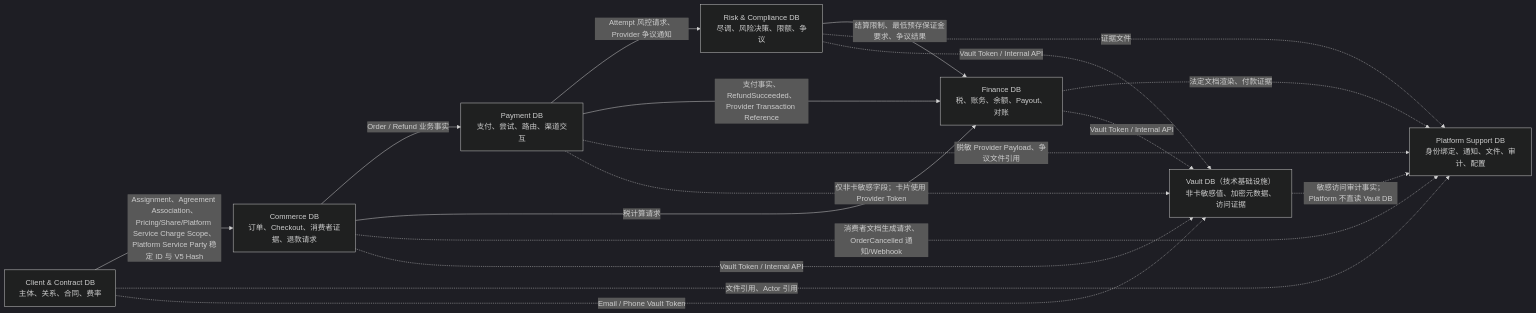
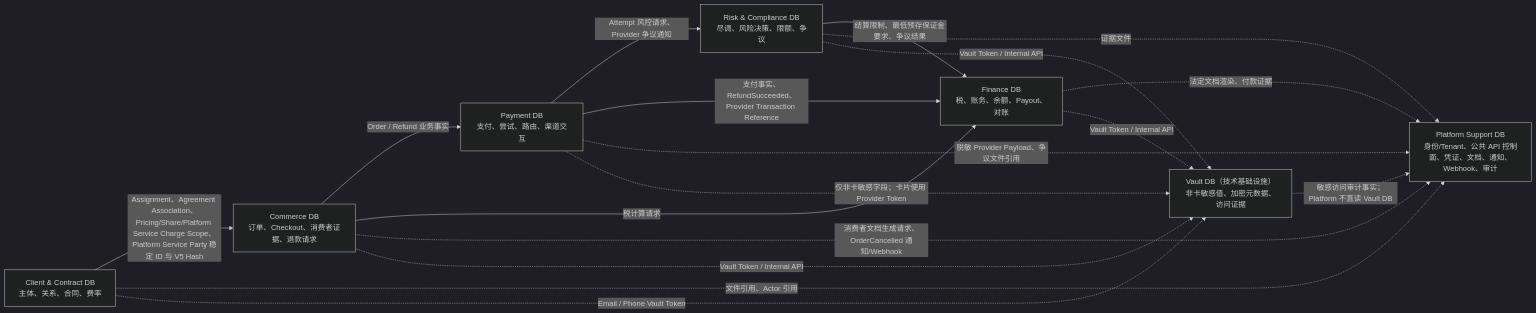
The first of 4 diagrams in agent-docs/database/README.md (kenny0924/paytech), drawn with Mermaid (dark theme) before and after one commit. The commit also changed other lines of this file and 70 other files, not shown here.

Commit message:
feat: finalize platform support control plane design

````diff
--- a/agent-docs/database/README.md
+++ b/agent-docs/database/README.md
@@ -29,28 +33,28 @@
 ```mermaid
 flowchart LR
     CCT["Client & Contract DB\n主体、关系、合同、费率"]
     COM["Commerce DB\n订单、Checkout、消费者证据、退款请求"]
     PAY["Payment DB\n支付、尝试、路由、渠道交互"]
     RISK["Risk & Compliance DB\n尽调、风险决策、限额、争议"]
     FIN["Finance DB\n税、账务、余额、Payout、对账"]
-    SUP["Platform Support DB\n身份绑定、通知、文件、审计、配置"]
+    SUP["Platform Support DB\n身份/Tenant、公共 API 控制面、凭证、文档、通知、Webhook、审计"]
     VAULT["Vault DB（技术基础设施）\n非卡敏感值、加密元数据、访问证据"]
 
     CCT -->|"Assignment、Agreement Association、Pricing/Share/Platform Service Charge Scope、Platform Service Party 稳定 ID 与 V5 Hash"| COM
     COM -->|"Order / Refund 业务事实"| PAY
     PAY -->|"Attempt 风控请求、Provider 争议通知"| RISK
     COM -->|"税计算请求"| FIN
     PAY -->|"支付事实、RefundSucceeded、Provider Transaction Reference"| FIN
     RISK -->|"结算限制、最低预存保证金要求、争议结果"| FIN
     CCT -.->|"文件引用、Actor 引用"| SUP
     COM -.->|"消费者文档生成请求、OrderCancelled 通知/Webhook"| SUP
     RISK -.->|"证据文件"| SUP
     FIN -.->|"法定文档渲染、付款证据"| SUP
     PAY -.->|"脱敏 Provider Payload、争议文件引用"| SUP
     CCT -.->|"Email / Phone Vault Token"| VAULT
     COM -.->|"Vault Token / Internal API"| VAULT
     PAY -.->|"仅非卡敏感字段；卡片使用 Provider Token"| VAULT
     RISK -.->|"Vault Token / Internal API"| VAULT
     FIN -.->|"Vault Token / Internal API"| VAULT
     VAULT -.->|"敏感访问审计事实；Platform 不直读 Vault DB"| SUP
 ```
````
